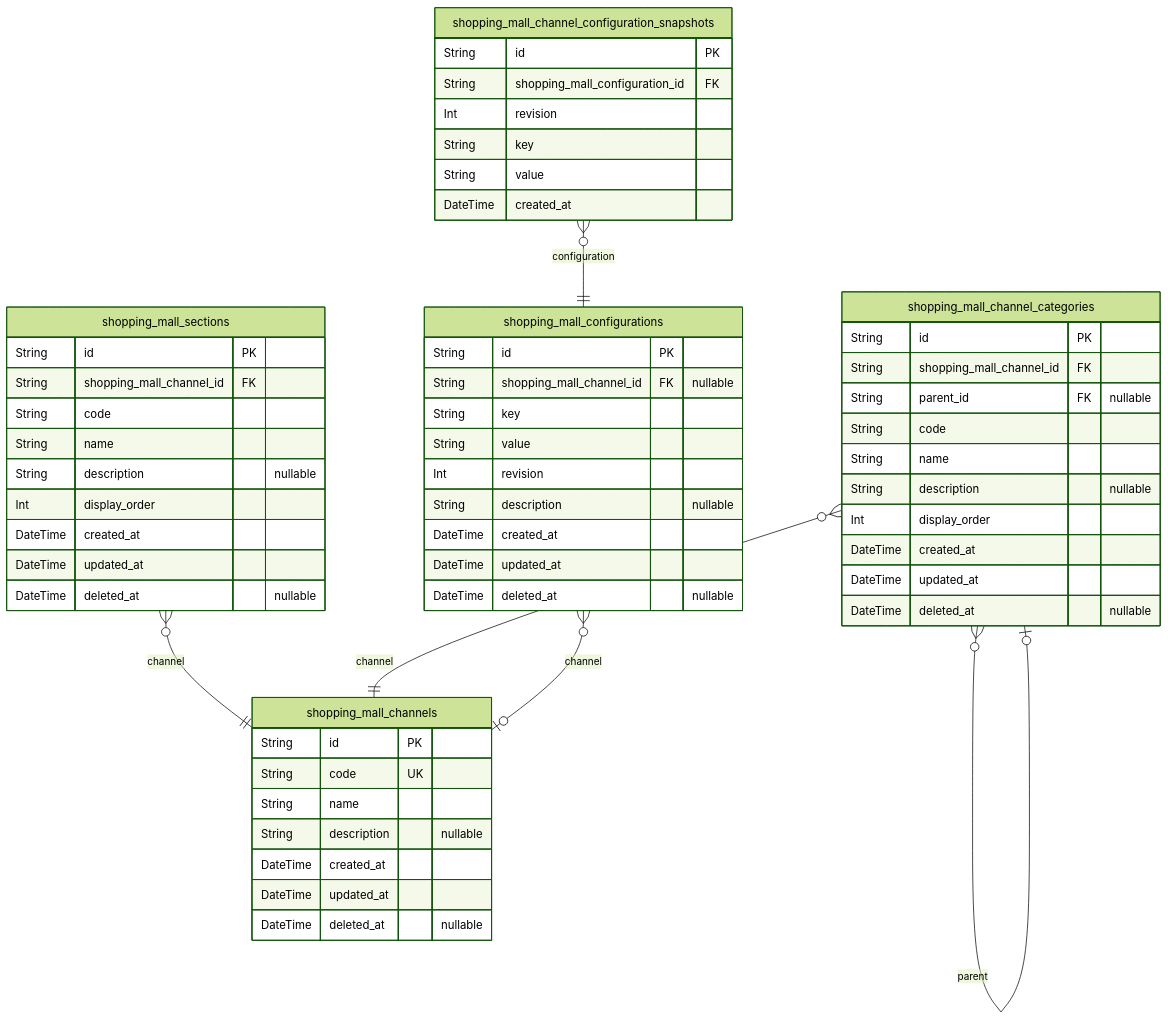
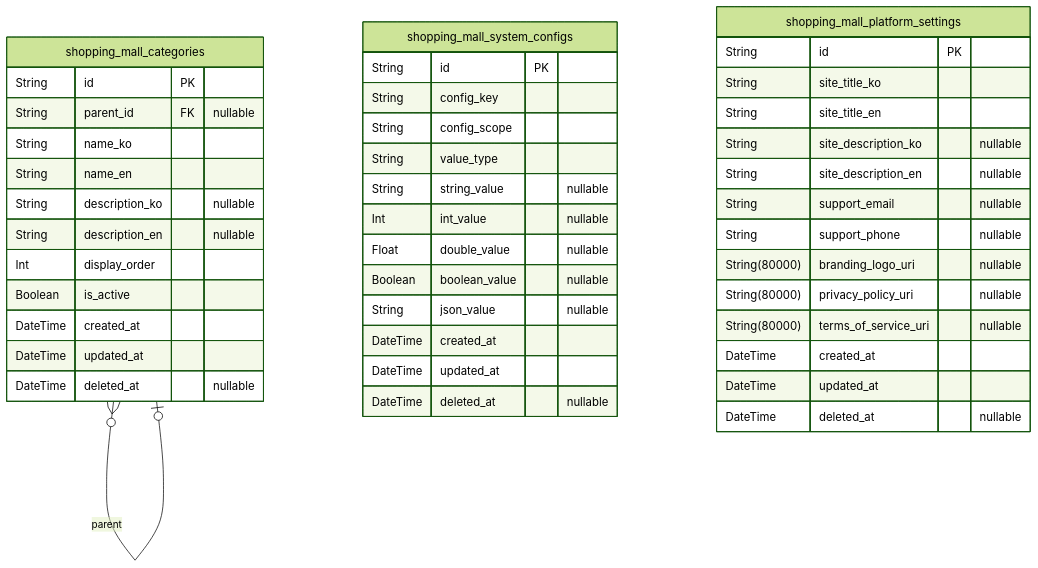
Before and after one commit to wrtnlabs/autobe-example-shopping-openai-gpt-4.1: the first of 9 diagrams in docs/ERD.md, drawn with Mermaid (forest theme). The commit also changed other lines of this file and 1867 other files, not shown here.

````diff
--- a/docs/ERD.md
+++ b/docs/ERD.md
@@ -19,59 +17,46 @@
 ```mermaid
 erDiagram
-"shopping_mall_channels" {
+"shopping_mall_categories" {
   String id PK
-  String code UK
-  String name
-  String description "nullable"
+  String parent_id FK "nullable"
+  String name_ko
+  String name_en
+  String description_ko "nullable"
+  String description_en "nullable"
+  Int display_order
+  Boolean is_active
   DateTime created_at
   DateTime updated_at
   DateTime deleted_at "nullable"
 }
-"shopping_mall_sections" {
+"shopping_mall_system_configs" {
   String id PK
-  String shopping_mall_channel_id FK
-  String code
-  String name
-  String description "nullable"
-  Int display_order
+  String config_key
+  String config_scope
+  String value_type
+  String string_value "nullable"
+  Int int_value "nullable"
+  Float double_value "nullable"
+  Boolean boolean_value "nullable"
+  String json_value "nullable"
   DateTime created_at
   DateTime updated_at
   DateTime deleted_at "nullable"
 }
-"shopping_mall_channel_categories" {
+"shopping_mall_platform_settings" {
   String id PK
-  String shopping_mall_channel_id FK
-  String parent_id FK "nullable"
-  String code
-  String name
-  String description "nullable"
-  Int display_order
+  String site_title_ko
+  String site_title_en
+  String site_description_ko "nullable"
+  String site_description_en "nullable"
+  String support_email "nullable"
+  String support_phone "nullable"
+  String(80000) branding_logo_uri "nullable"
+  String(80000) privacy_policy_uri "nullable"
+  String(80000) terms_of_service_uri "nullable"
   DateTime created_at
   DateTime updated_at
   DateTime deleted_at "nullable"
 }
-"shopping_mall_configurations" {
-  String id PK
-  String shopping_mall_channel_id FK "nullable"
-  String key
-  String value
-  Int revision
-  String description "nullable"
-  DateTime created_at
-  DateTime updated_at
-  DateTime deleted_at "nullable"
-}
-"shopping_mall_channel_configuration_snapshots" {
-  String id PK
-  String shopping_mall_configuration_id FK
-  Int revision
-  String key
-  String value
-  DateTime created_at
-}
-"shopping_mall_sections" }o--|| "shopping_mall_channels" : channel
-"shopping_mall_channel_categories" }o--|| "shopping_mall_channels" : channel
-"shopping_mall_channel_categories" }o--o| "shopping_mall_channel_categories" : parent
-"shopping_mall_configurations" }o--o| "shopping_mall_channels" : channel
-"shopping_mall_channel_configuration_snapshots" }o--|| "shopping_mall_configurations" : configuration
+"shopping_mall_categories" }o--o| "shopping_mall_categories" : parent
 ```
````
